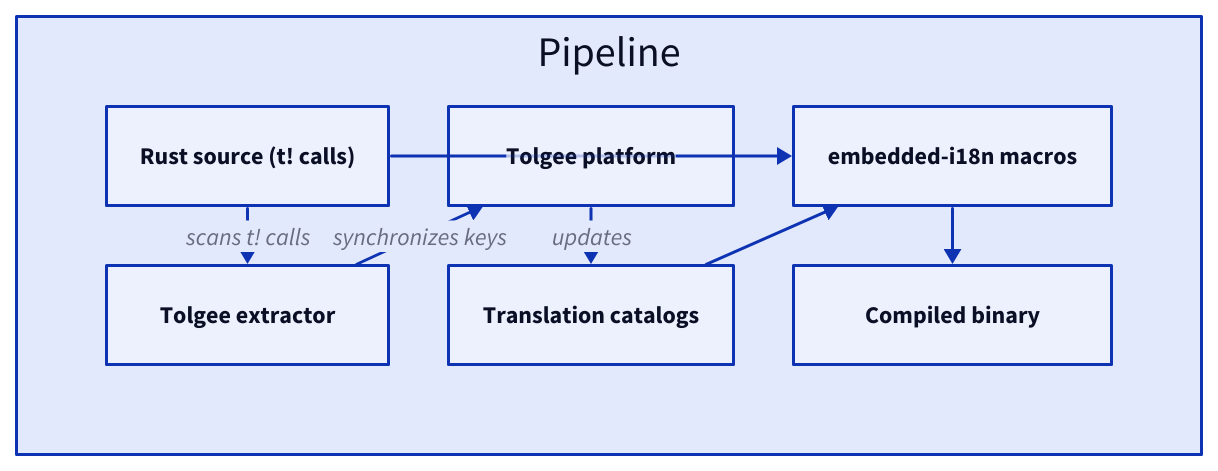
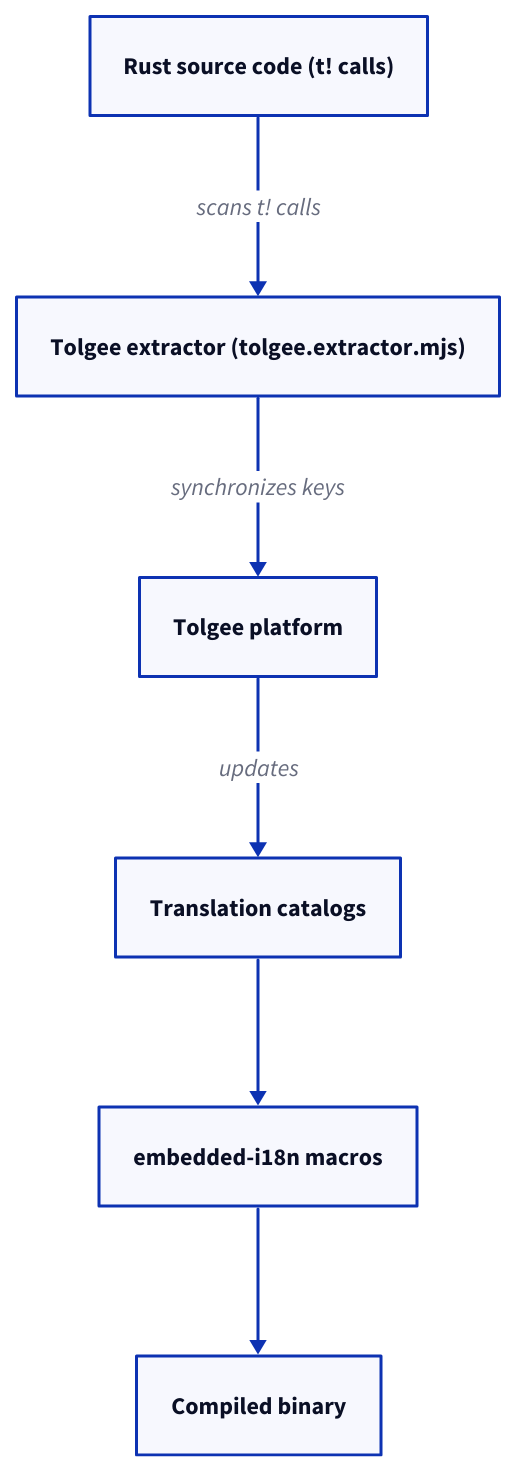
Before and after one commit to xila-project/website: the diagram in src/content/docs/explanation/architecture/libraries/internationalization.mdx, drawn with D2. The commit also changed 2 other files, not shown here.

Commit message:
docs(diagrams): simplify the testing, i18n and neural network diagrams
Draw one arrow from testing::initialize to the test environment frame
instead of arrows into each child, use a plain top-down chain for the
translation flow, and shorten the self-loop labels of the loader
descriptor lifecycle so that they do not touch the loop lines.

Part of #132

````diff
--- a/src/content/docs/explanation/architecture/libraries/internationalization.mdx
+++ b/src/content/docs/explanation/architecture/libraries/internationalization.mdx
@@ -89,19 +89,14 @@
 ```d2 title="Compile-time translation flow"
 direction: down
-pipeline: Pipeline {
-  class: layer
-  grid-columns: 3
-  source: Rust source (t! calls) { class: io }
-  extractor: Tolgee extractor { class: component }
-  tolgee: Tolgee platform { class: component }
-  catalogs: Translation catalogs { class: stored }
-  macros: embedded-i18n macros { class: component }
-  binary: Compiled binary { class: io }
-}
-pipeline.source -> pipeline.extractor: scans t! calls
-pipeline.extractor -> pipeline.tolgee: synchronizes keys
-pipeline.tolgee -> pipeline.catalogs: updates
-pipeline.catalogs -> pipeline.macros
-pipeline.source -> pipeline.macros
-pipeline.macros -> pipeline.binary
+source: Rust source code (t! calls) { class: io }
+extractor: Tolgee extractor (tolgee.extractor.mjs) { class: component }
+tolgee: Tolgee platform { class: component }
+catalogs: Translation catalogs { class: stored }
+macros: embedded-i18n macros { class: component }
+binary: Compiled binary { class: io }
+source -> extractor: scans t! calls
+extractor -> tolgee: synchronizes keys
+tolgee -> catalogs: updates
+catalogs -> macros
+macros -> binary
 ```
````
